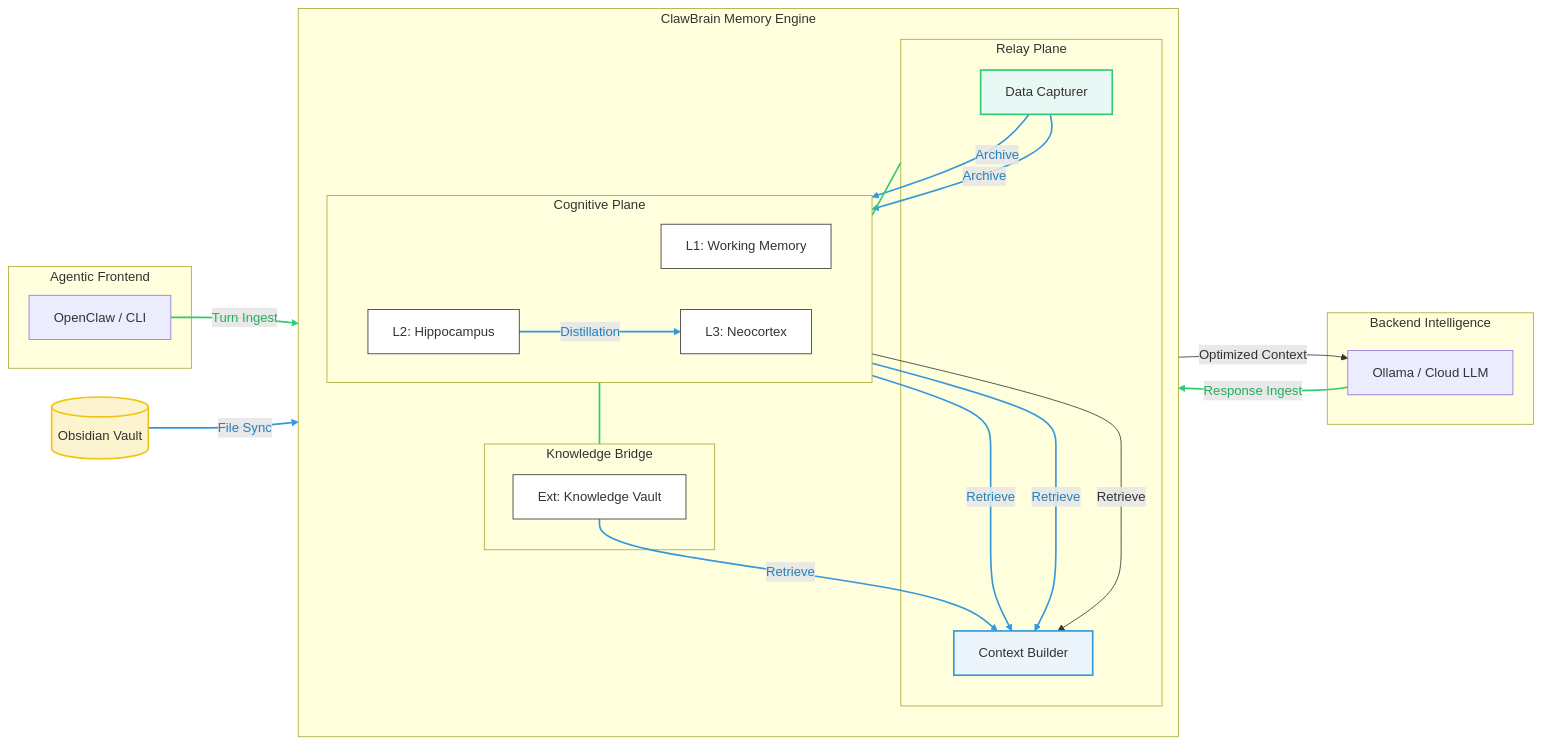
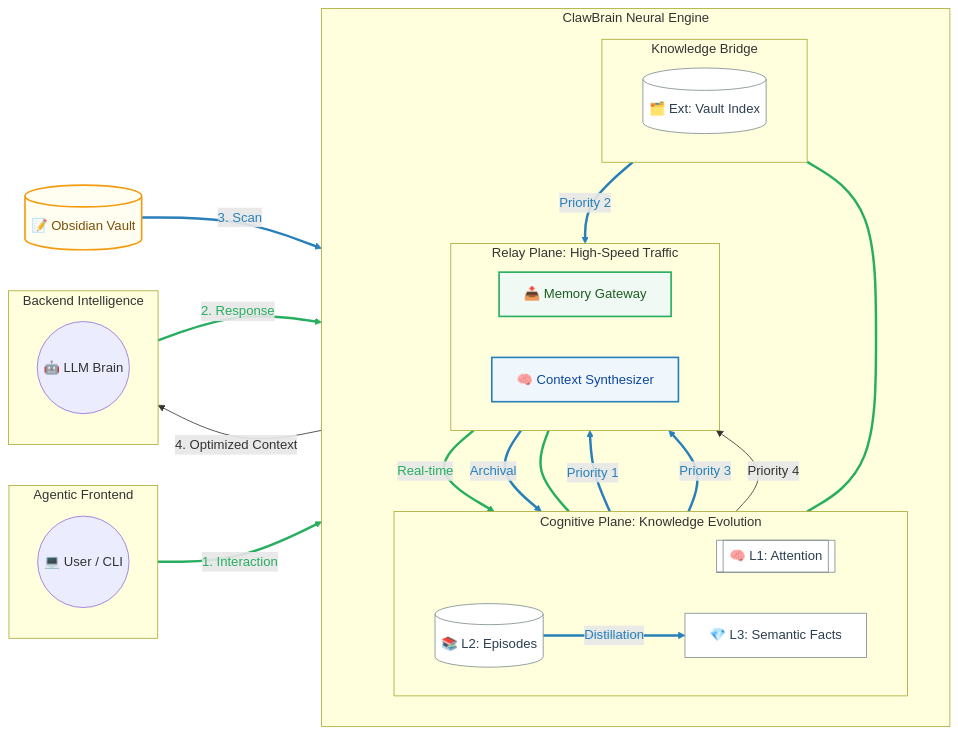
The diagram in README.md (winnerineast/ClawBrain), drawn with Mermaid before and after one commit. The commit also changed other lines of this file and 1 other file, not shown here.

Commit message:
docs: upgrade architecture diagram to high-fidelity professional Data Flow Diagram

````diff
--- a/README.md
+++ b/README.md
@@ -110,58 +110,65 @@
 ```mermaid
 flowchart LR
-    %% Style Definitions
-    classDef capture stroke:#2ecc71,stroke-width:2px,fill:#e8f8f5
-    classDef cognitive stroke:#3498db,stroke-width:2px,fill:#ebf5fb
-    classDef storage fill:#ffffff,stroke:#333,stroke-width:1px
-    classDef external fill:#fcf3cf,stroke:#f1c40f,stroke-width:2px
+    %% Professional Color Palette
+    classDef capture_node stroke:#27ae60,stroke-width:2px,fill:#f1f9f5,color:#1b5e20
+    classDef cognitive_node stroke:#2980b9,stroke-width:2px,fill:#f0f7fc,color:#0d47a1
+    classDef storage_node stroke:#7f8c8d,stroke-width:1px,fill:#ffffff,color:#2c3e50
+    classDef vault_node stroke:#f39c12,stroke-width:2px,fill:#fffef0,color:#7e5109
 
-    %% 1. Horizontal Planes
-    subgraph Left [Agentic Frontend]
-        OC[OpenClaw / CLI]
+    %% 1. Horizontal Layout
+    subgraph Frontend [Agentic Frontend]
+        direction TB
+        User((💻 User / CLI))
     end
 
-    subgraph Center [ClawBrain Memory Engine]
+    subgraph ClawBrain [ClawBrain Neural Engine]
         direction TB
-        subgraph Relay [Relay Plane]
-            Ingest[Data Capturer]:::capture
-            Assemble[Context Builder]:::cognitive
+        
+        subgraph RelayPlane [Relay Plane: High-Speed Traffic]
+            direction LR
+            Ingest[📥 Memory Gateway]:::capture_node
+            Assemble[🧠 Context Synthesizer]:::cognitive_node
         end
-        subgraph Cognitive [Cognitive Plane]
+
+        subgraph MemoryPlane [Cognitive Plane: Knowledge Evolution]
             direction LR
-            L1[L1: Working Memory]:::storage
-            L2[L2: Hippocampus]:::storage
-            L3[L3: Neocortex]:::storage
+            L1[[🧠 L1: Attention]]:::storage_node
+            L2[(📚 L2: Episodes)]:::storage_node
+            L3[💎 L3: Semantic Facts]:::storage_node
         end
-        subgraph Knowledge [Knowledge Bridge]
-            Ext[Ext: Knowledge Vault]:::storage
+
+        subgraph KnowledgePlane [Knowledge Bridge]
+            direction LR
+            Ext[(🗂️ Ext: Vault Index)]:::storage_node
         end
-        %% Vertical Stacking Constraints
-        Relay ~~~ Cognitive ~~~ Knowledge
+
+        %% Structural Alignment (Invisible)
+        RelayPlane ~~~ MemoryPlane ~~~ KnowledgePlane
     end
 
-    subgraph Right [Backend Intelligence]
-        LLM[Ollama / Cloud LLM]
+    subgraph Backend [Backend Intelligence]
+        direction TB
+        LLM((🤖 LLM Brain))
     end
 
-    Vault[(Obsidian Vault)]:::external
+    Vault[(📝 Obsidian Vault)]:::vault_node
 
-    %% --- DATA FLOW 1: MEMORY CAPTURE (GREEN) ---
-    %% How information enters and becomes memory
-    OC -- "Turn Ingest" --> Ingest
-    LLM -- "Response Ingest" --> Ingest
-    Ingest -- "Archive" --> L1 & L2
-    Vault -- "File Sync" --> Ext
+    %% --- FLOW 1: MEMORY CAPTURE (GREEN) ---
+    User -- "1. Interaction" --> Ingest
+    LLM -- "2. Response" --> Ingest
+    Ingest -- "Real-time" --> L1
+    Ingest -- "Archival" --> L2
+    Vault -- "3. Scan" --> Ext
 
-    %% --- DATA FLOW 2: OPTIMIZATION & RECALL (BLUE) ---
-    %% How memory is processed and retrieved for context
+    %% --- FLOW 2: COGNITIVE OPTIMIZATION (BLUE) ---
     L2 -- "Distillation" --> L3
-    L3 -- "Retrieve" --> Assemble
-    Ext -- "Retrieve" --> Assemble
-    L1 -- "Retrieve" --> Assemble
-    L2 -- "Retrieve" --> Assemble
-    Assemble -- "Optimized Context" --> LLM
+    L3 -- "Priority 1" --> Assemble
+    Ext -- "Priority 2" --> Assemble
+    L1 -- "Priority 3" --> Assemble
+    L2 -- "Priority 4" --> Assemble
+    Assemble -- "4. Optimized Context" --> LLM
 
-    %% Applying Link Styles
-    linkStyle 0,1,2,3 stroke:#2ecc71,stroke-width:2px,color:#27ae60
-    linkStyle 4,5,6,7,8,9,10 stroke:#3498db,stroke-width:2px,color:#2980b9
+    %% Professional Styling for Links
+    linkStyle 0,1,2,3,4 stroke:#27ae60,stroke-width:3px,color:#27ae60
+    linkStyle 5,6,7,8,9,10 stroke:#2980b9,stroke-width:3px,color:#2980b9
 ```
````
